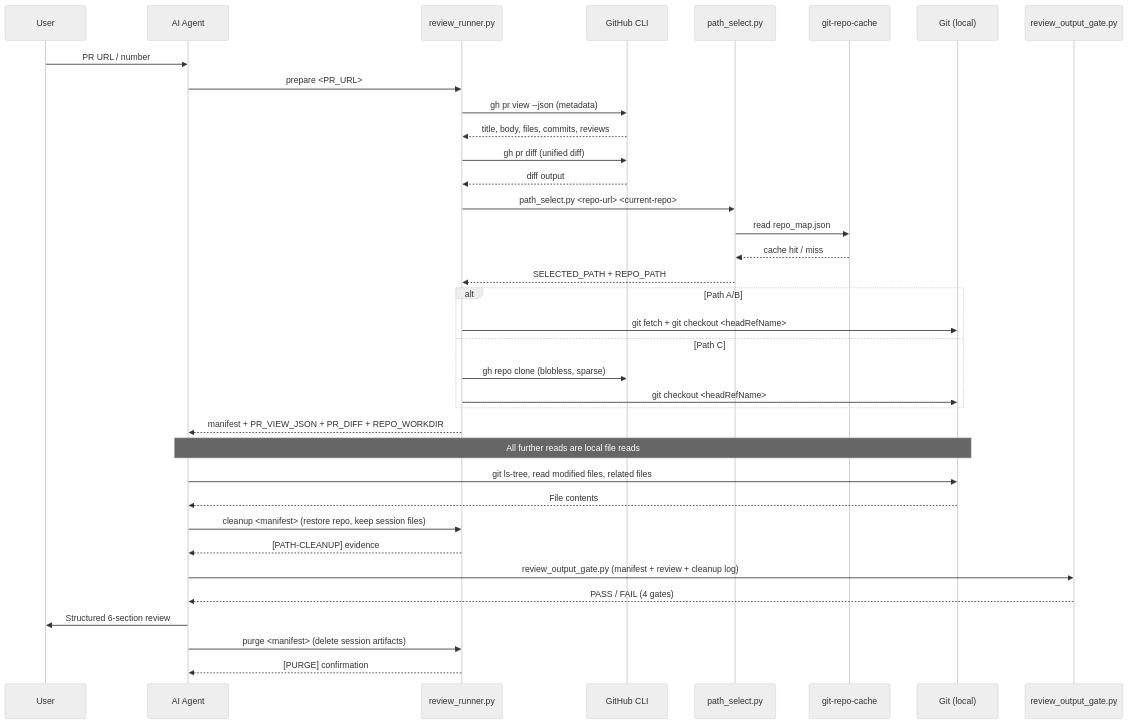
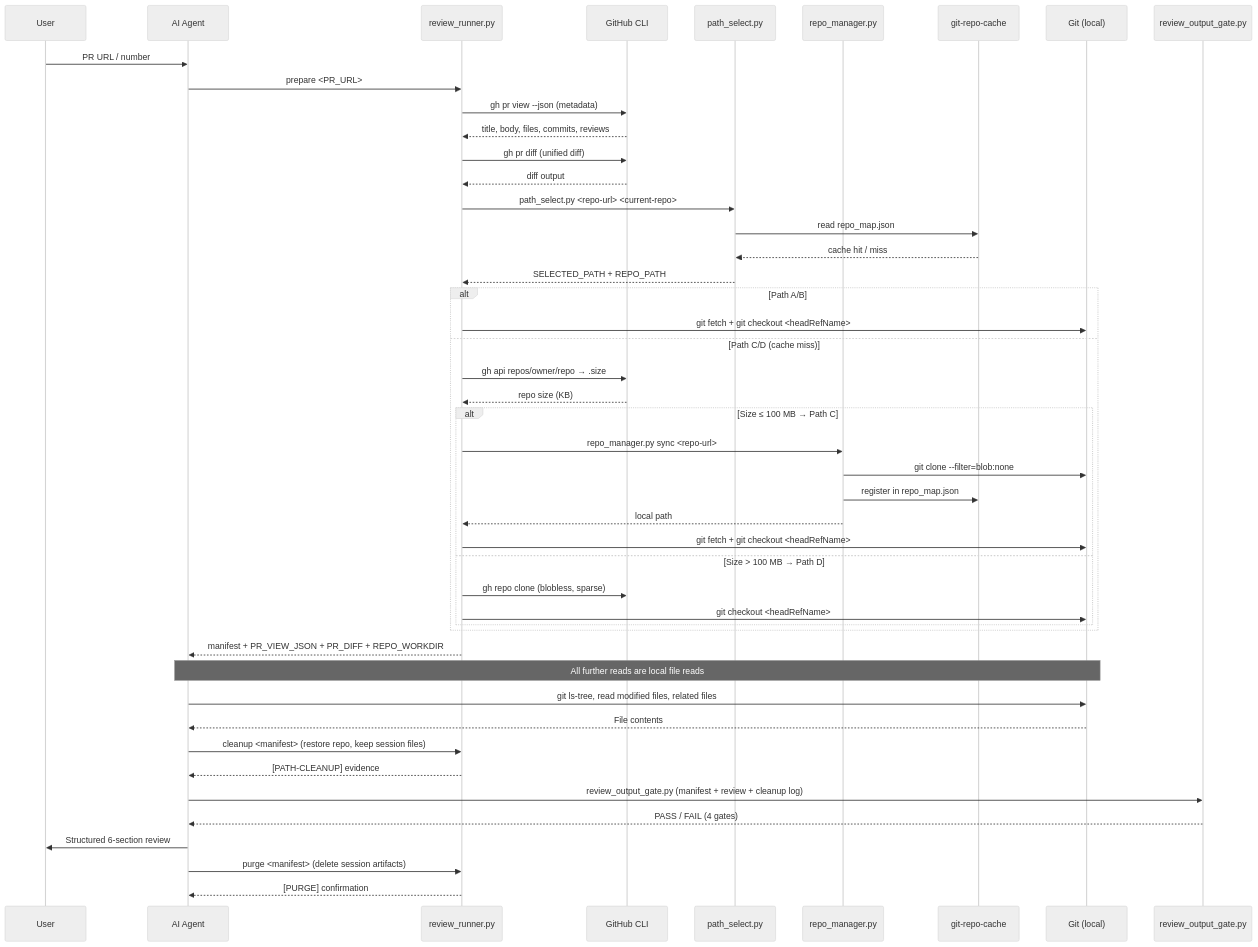
One commit to jie-meng/ai-skills changed the second of 3 diagrams in mythril_agent_skills/skills/github-code-review-pr/README.md. Above: the diagram before and after it, drawn with Mermaid (neutral theme). The commit also changed other lines of this file and 4 other files, not shown here.

Commit message:
[github-code-review-pr] add repo cache support for cross-skill reuse

````diff
--- a/mythril_agent_skills/skills/github-code-review-pr/README.md
+++ b/mythril_agent_skills/skills/github-code-review-pr/README.md
@@ -102,48 +103,59 @@
 ```mermaid
 sequenceDiagram
     participant User
     participant Skill as AI Agent
     participant Runner as review_runner.py
     participant gh as GitHub CLI
     participant PathSel as path_select.py
+    participant RepoMgr as repo_manager.py
     participant Cache as git-repo-cache
     participant Git as Git (local)
     participant Gate as review_output_gate.py
 
     User->>Skill: PR URL / number
 
     Skill->>Runner: prepare <PR_URL>
     Runner->>gh: gh pr view --json (metadata)
     gh-->>Runner: title, body, files, commits, reviews
     Runner->>gh: gh pr diff (unified diff)
     gh-->>Runner: diff output
     Runner->>PathSel: path_select.py <repo-url> <current-repo>
     PathSel->>Cache: read repo_map.json
     Cache-->>PathSel: cache hit / miss
     PathSel-->>Runner: SELECTED_PATH + REPO_PATH
 
     alt Path A/B
         Runner->>Git: git fetch + git checkout <headRefName>
-    else Path C
-        Runner->>gh: gh repo clone (blobless, sparse)
-        Runner->>Git: git checkout <headRefName>
+    else Path C/D (cache miss)
+        Runner->>gh: gh api repos/owner/repo → .size
+        gh-->>Runner: repo size (KB)
+        alt Size ≤ 100 MB → Path C
+            Runner->>RepoMgr: repo_manager.py sync <repo-url>
+            RepoMgr->>Git: git clone --filter=blob:none
+            RepoMgr->>Cache: register in repo_map.json
+            RepoMgr-->>Runner: local path
+            Runner->>Git: git fetch + git checkout <headRefName>
+        else Size > 100 MB → Path D
+            Runner->>gh: gh repo clone (blobless, sparse)
+            Runner->>Git: git checkout <headRefName>
+        end
     end
 
     Runner-->>Skill: manifest + PR_VIEW_JSON + PR_DIFF + REPO_WORKDIR
 
     Note over Skill,Git: All further reads are local file reads
 
     Skill->>Git: git ls-tree, read modified files, related files
     Git-->>Skill: File contents
 
     Skill->>Runner: cleanup <manifest> (restore repo, keep session files)
     Runner-->>Skill: [PATH-CLEANUP] evidence
 
     Skill->>Gate: review_output_gate.py (manifest + review + cleanup log)
     Gate-->>Skill: PASS / FAIL (4 gates)
 
     Skill->>User: Structured 6-section review
 
     Skill->>Runner: purge <manifest> (delete session artifacts)
     Runner-->>Skill: [PURGE] confirmation
 ```
````
